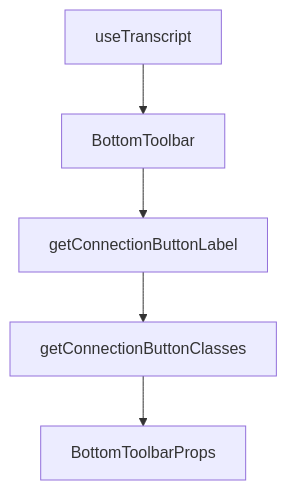
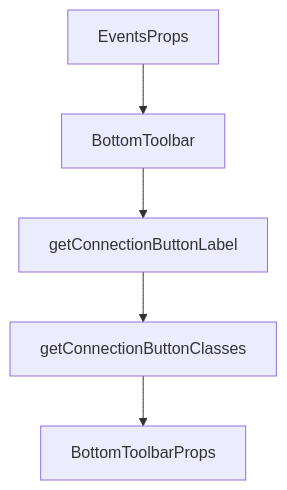
The diagram in tutorials/openai-realtime-agents-tutorial/07-advanced-patterns.md (johnxie/awesome-code-docs), drawn with Mermaid before and after one commit. The commit also changed other lines of this file and 1232 other files, not shown here.

````diff
--- a/tutorials/openai-realtime-agents-tutorial/07-advanced-patterns.md
+++ b/tutorials/openai-realtime-agents-tutorial/07-advanced-patterns.md
@@ -236,12 +257,12 @@
 ```mermaid
 flowchart TD
-    A[useTranscript]
+    A[EventsProps]
     B[BottomToolbar]
     C[getConnectionButtonLabel]
     D[getConnectionButtonClasses]
     E[BottomToolbarProps]
     A --> B
     B --> C
     C --> D
     D --> E
 ```
````
